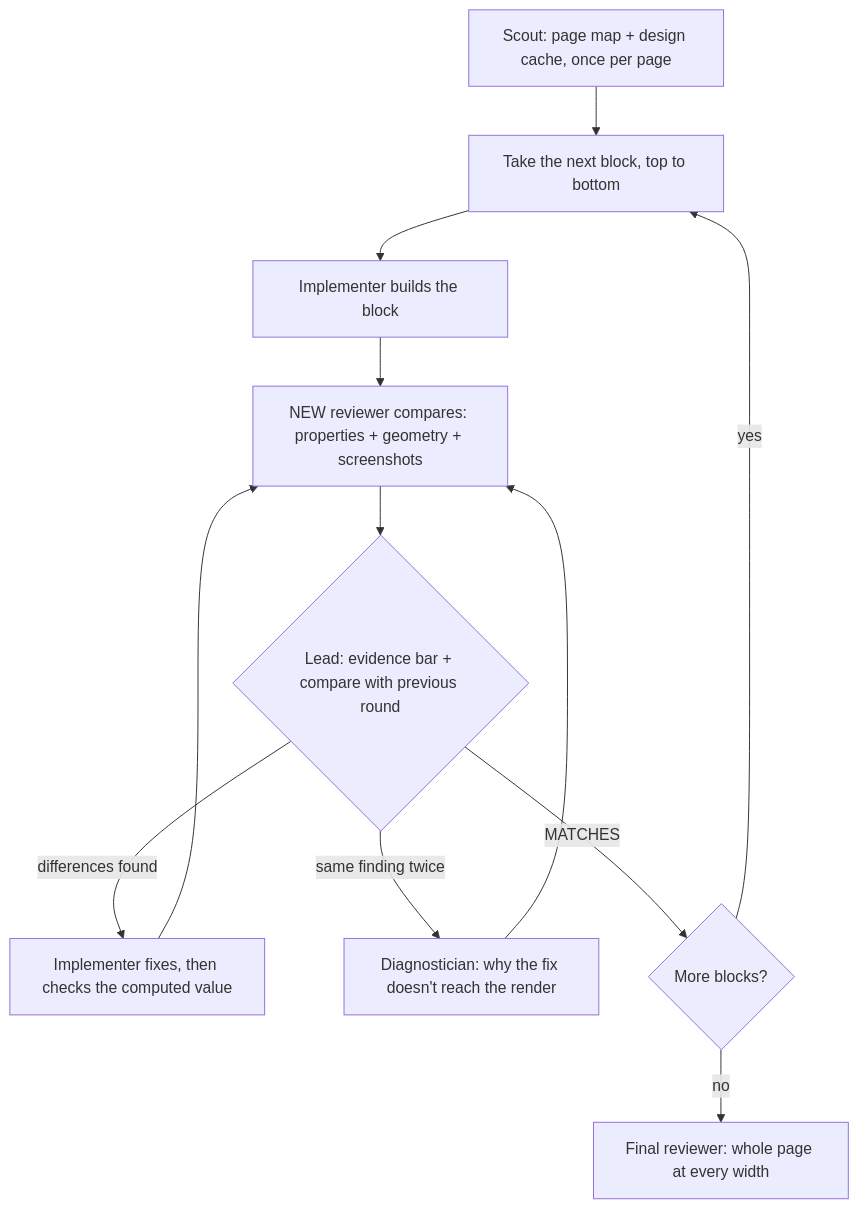
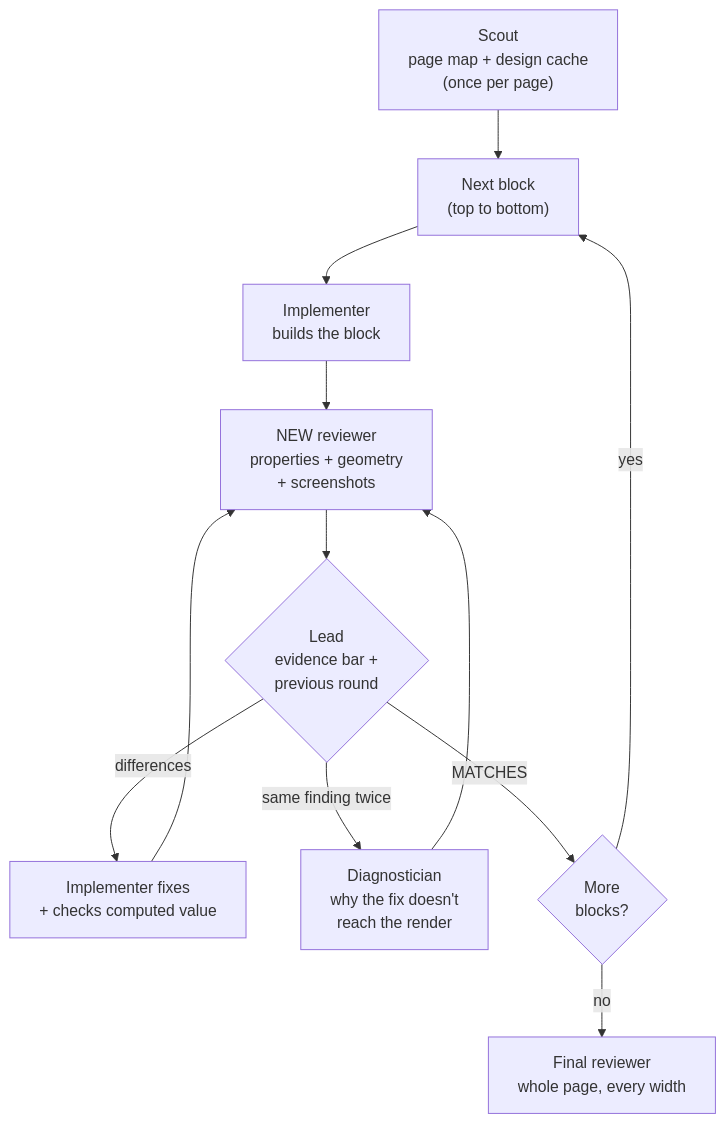
One commit to EvgeniiMeleshkov/iterative-layout-development changed the diagram in README.md. Above: the diagram before and after it, drawn with Mermaid.

Commit message:
docs: fix clipped labels in the README diagram

````diff
--- a/README.md
+++ b/README.md
@@ -25,14 +25,14 @@
 ```mermaid
 flowchart TD
-    A[Scout: page map + design cache, once per page] --> B[Take the next block, top to bottom]
-    B --> C[Implementer builds the block]
-    C --> D[NEW reviewer compares: properties + geometry + screenshots]
-    D --> E{Lead: evidence bar + compare with previous round}
-    E -- differences found --> F[Implementer fixes, then checks the computed value]
+    A["Scout<br/>page map + design cache<br/>(once per page)"] --> B["Next block<br/>(top to bottom)"]
+    B --> C["Implementer<br/>builds the block"]
+    C --> D["NEW reviewer<br/>properties + geometry<br/>+ screenshots"]
+    D --> E{"Lead<br/>evidence bar +<br/>previous round"}
+    E -- "differences" --> F["Implementer fixes<br/>+ checks computed value"]
     F --> D
-    E -- same finding twice --> G[Diagnostician: why the fix doesn't reach the render]
+    E -- "same finding twice" --> G["Diagnostician<br/>why the fix doesn't<br/>reach the render"]
     G --> D
-    E -- MATCHES --> H{More blocks?}
-    H -- yes --> B
-    H -- no --> I[Final reviewer: whole page at every width]
+    E -- "MATCHES" --> H{"More<br/>blocks?"}
+    H -- "yes" --> B
+    H -- "no" --> I["Final reviewer<br/>whole page, every width"]
 ```
````
